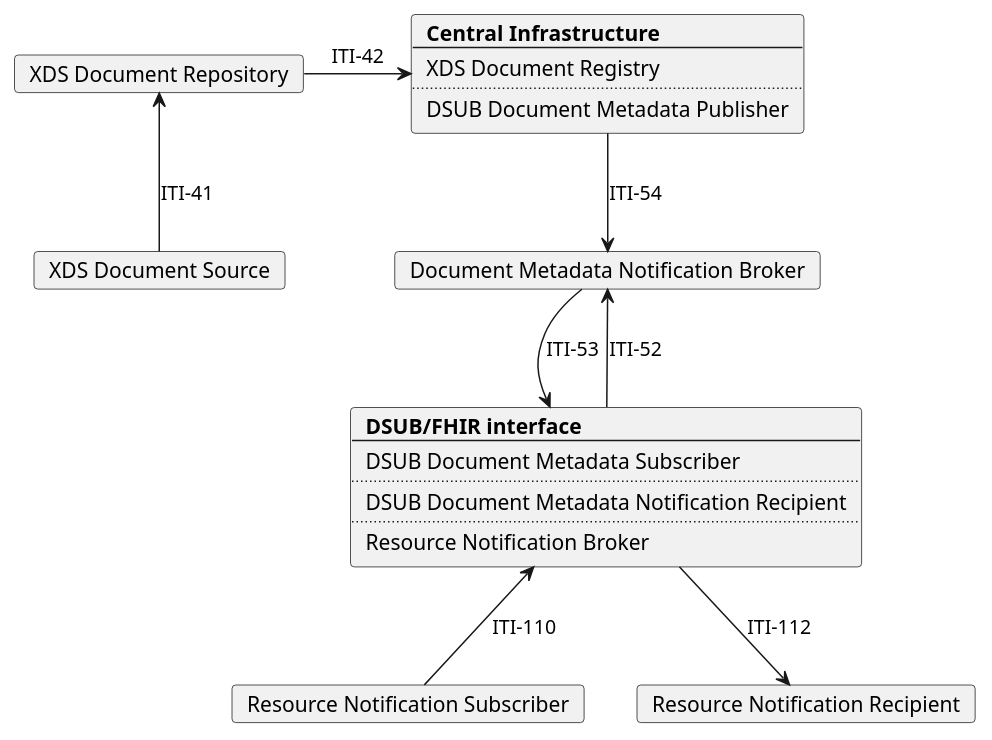
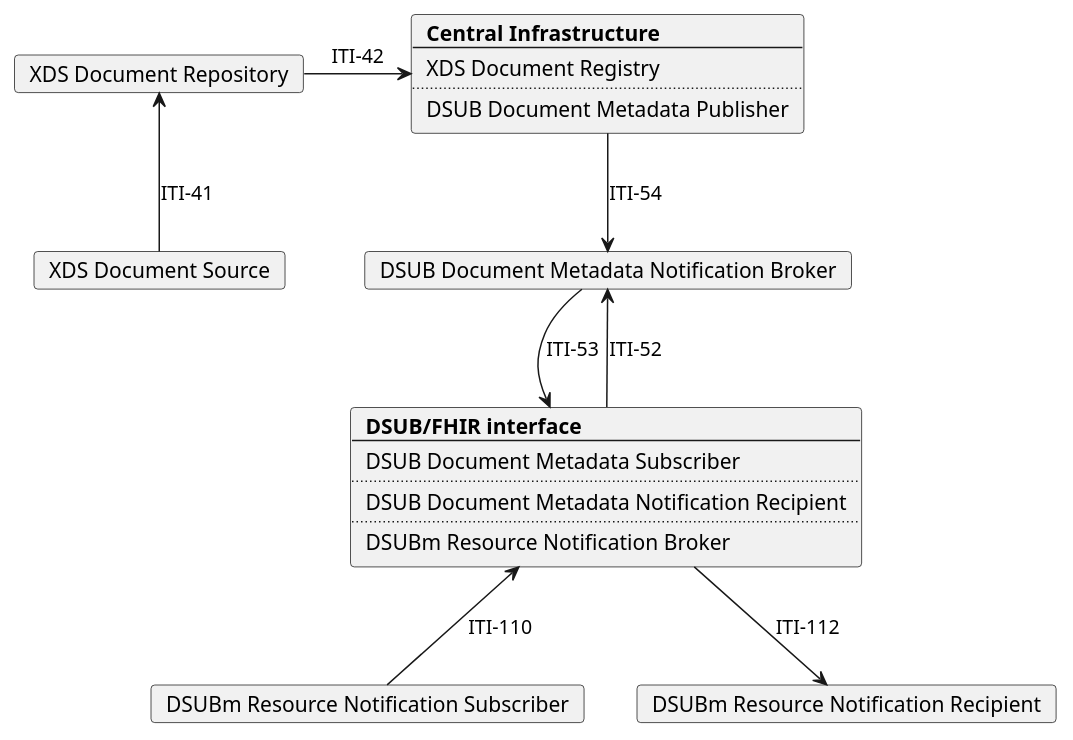
Before and after one commit to IHE/ITI.DSUBm: the diagram in input/images-source/model_DSUBonFHIR.plantuml, drawn with PlantUML. The commit also changed 7 other files, not shown here.

Commit message:
update uml

```diff
--- a/input/images-source/model_DSUBonFHIR.plantuml
+++ b/input/images-source/model_DSUBonFHIR.plantuml
@@ -1,46 +1,46 @@
 @startuml
 skinparam svgDimensionStyle false
 skinparam componentStyle rectangle
 
 hide footbox
 /' title "DSUBm grouped with DSUB: DSUB on FHIR" '/
 
 card "XDS Document Source" as Source
 card "XDS Document Repository" as Repo
 
 card  Central [
   <b>Central Infrastructure
   ----
   XDS Document Registry
   ....
   DSUB Document Metadata Publisher
 ]
 
-card "Document Metadata Notification Broker" as Broker 
+card "DSUB Document Metadata Notification Broker" as Broker 
 
 card  DSUBFHIR [
   <b>DSUB/FHIR interface
   ----
 DSUB Document Metadata Subscriber
 ....
 DSUB Document Metadata Notification Recipient
 ....
-Resource Notification Broker
+DSUBm Resource Notification Broker
 ]
 
-card "Resource Notification Subscriber" as Subsciber 
-card "Resource Notification Recipient" as Recipient 
+card "DSUBm Resource Notification Subscriber" as Subsciber 
+card "DSUBm Resource Notification Recipient" as Recipient 
 
 Subsciber -u-> DSUBFHIR: ITI-110
 DSUBFHIR -d-> Broker: ITI-52
 
 Source -u-> Repo: ITI-41
 Repo -r-> Central: ITI-42
 Central -d-> Broker: ITI-54
 
 Broker-r->DSUBFHIR: ITI-53
 DSUBFHIR -d-> Recipient: ITI-112
 
 
 
 @enduml
```
